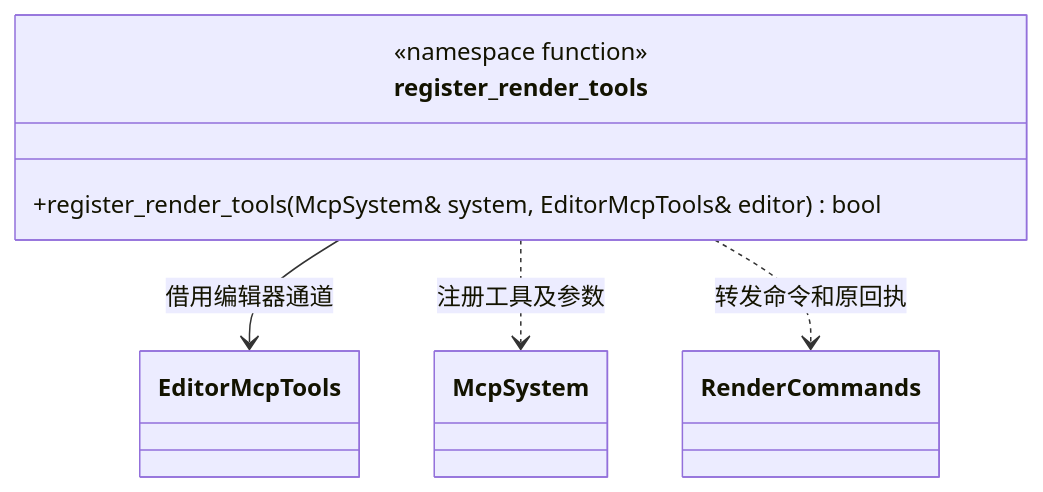
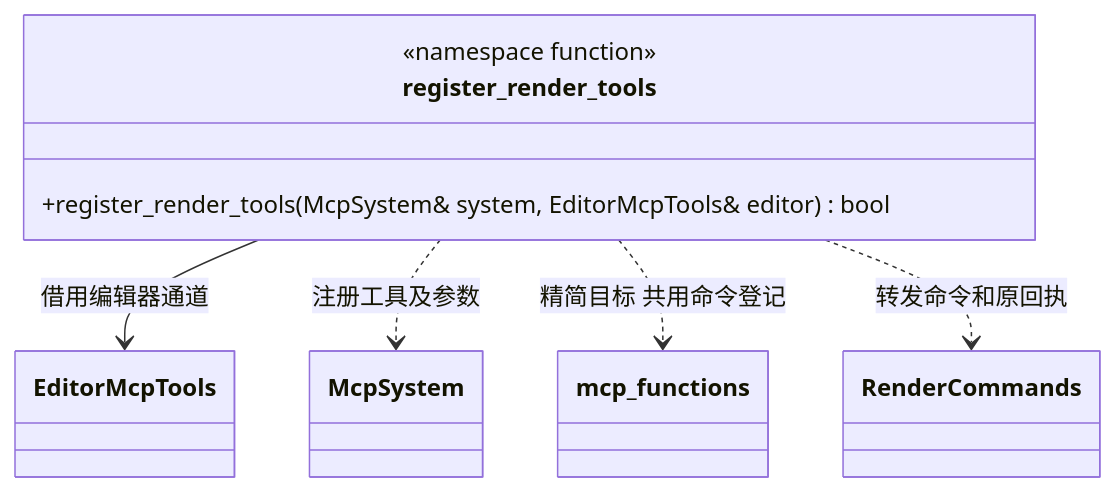
The first of 3 diagrams in docs/plugins/editor/class-diagrams/render-mcp-tools.md (lcals/Engine), drawn with Mermaid before and after one commit. The commit also changed other lines of this file and 133 other files, not shown here.

Commit message:
Simplify engine implementations under reviewed class diagrams

````diff
--- a/docs/plugins/editor/class-diagrams/render-mcp-tools.md
+++ b/docs/plugins/editor/class-diagrams/render-mcp-tools.md
@@ -5,13 +5,15 @@
 ```mermaid
 classDiagram
     class register_render_tools {
         <<namespace function>>
         +register_render_tools(McpSystem& system, EditorMcpTools& editor) bool
     }
     class EditorMcpTools
     class McpSystem
     class RenderCommands
     register_render_tools --> EditorMcpTools : 借用编辑器通道
     register_render_tools ..> McpSystem : 注册工具及参数
+    class mcp_functions
+    register_render_tools ..> mcp_functions : 精简目标 共用命令登记
     register_render_tools ..> RenderCommands : 转发命令和原回执
 ```
````
